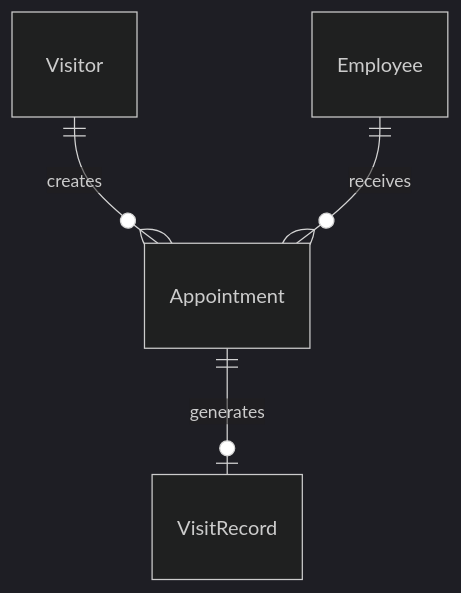
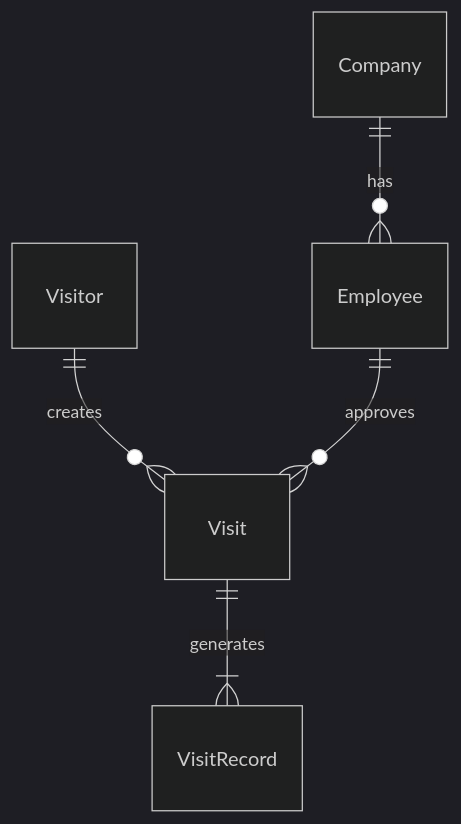
One commit to yuhaibao39/n8ndeploy changed the first of 3 diagrams in devel/outlinedesign.md. Above: the diagram before and after it, drawn with Mermaid (dark theme). The commit also changed other lines of this file, not shown here.

````diff
--- a/devel/outlinedesign.md
+++ b/devel/outlinedesign.md
@@ -50,6 +56,7 @@
 ```mermaid
 erDiagram
-    Visitor ||--o{ Appointment : creates
-    Employee ||--o{ Appointment : receives
-    Appointment ||--o| VisitRecord : generates
+    Company ||--o{ Employee : has
+    Visitor ||--o{ Visit : creates
+    Employee ||--o{ Visit : approves
+    Visit ||--|{ VisitRecord : generates
 ```
````
